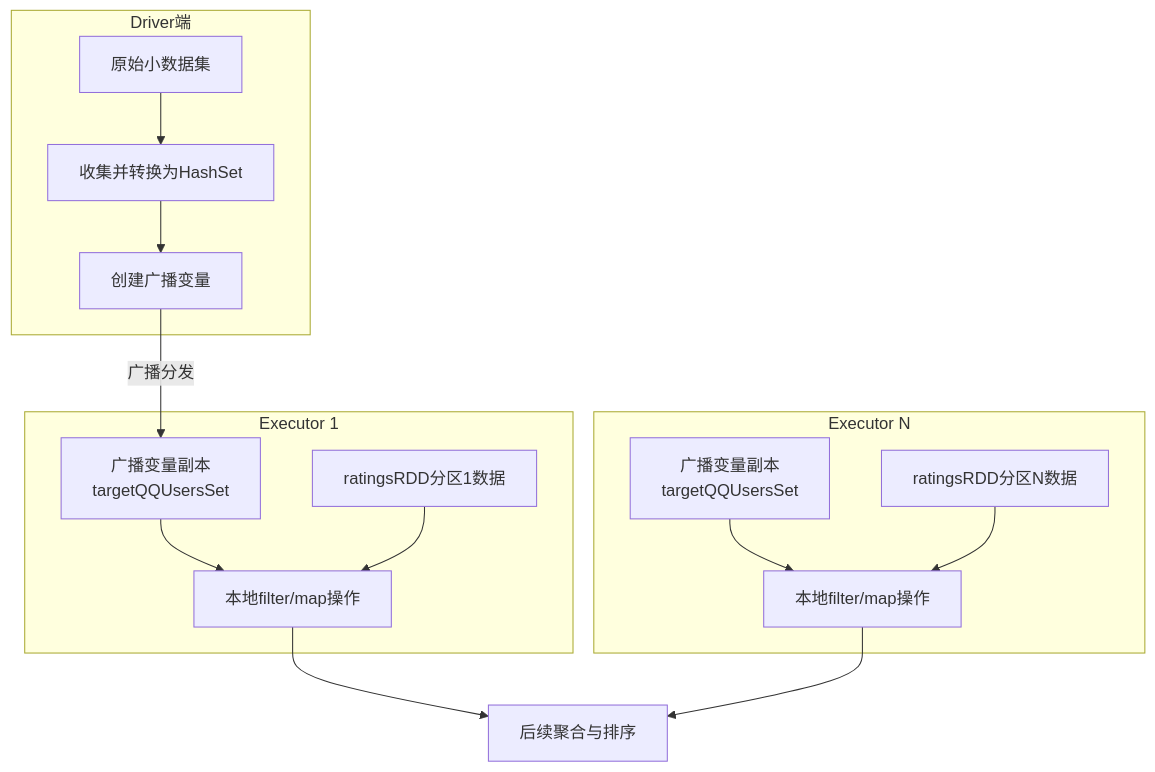
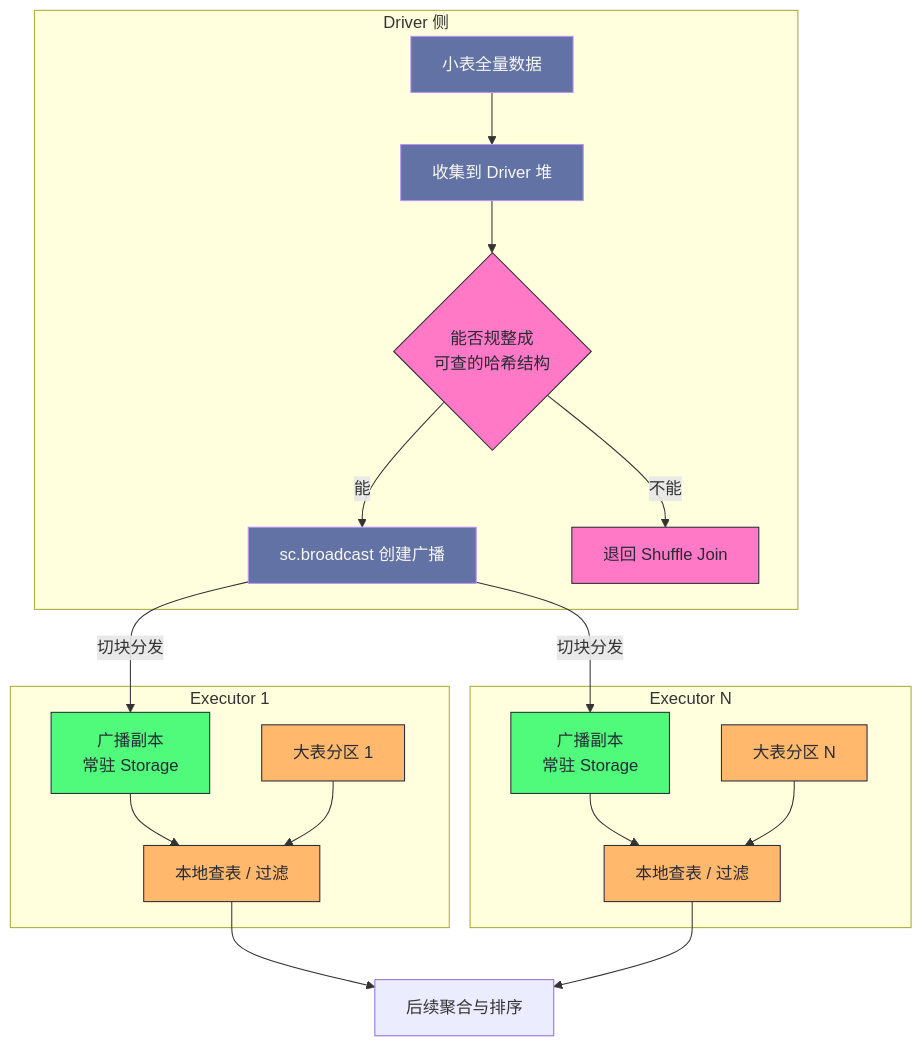
The fourth of 6 diagrams in content/大数据/Spark/读书笔记-spark内核/06_性能调优实战/4. Spark核心优化_Broadcast与Accumulator.md (hpliStartAgain/my-brain), drawn with Mermaid before and after one commit. The commit also changed other lines of this file and 259 other files, not shown here.

````diff
--- a/content/大数据/Spark/读书笔记-spark内核/06_性能调优实战/4. Spark核心优化_Broadcast与Accumulator.md
+++ b/content/大数据/Spark/读书笔记-spark内核/06_性能调优实战/4. Spark核心优化_Broadcast与Accumulator.md
@@ -68,24 +444,34 @@
 ```mermaid
+%%{init: {'theme': 'dracula'}}%%
 flowchart TD
-    subgraph "Driver端"
-        A["原始小数据集"] --> B["收集并转换为HashSet"]
-        B --> C["创建广播变量"]
+    subgraph D["Driver 侧"]
+        A["小表全量数据"] --> B["收集到 Driver 堆"]
+        B --> C{"能否规整成<br/>可查的哈希结构"}
+        C -- "能" --> Dv["sc.broadcast 创建广播"]
+        C -- "不能" --> Cx["退回 Shuffle Join"]
     end
-
-    C -- "广播分发" --> D
-
-    subgraph "Executor 1"
-        D["广播变量副本<br/>targetQQUsersSet"]
-        F["ratingsRDD分区1数据"]
-        D & F --> G["本地filter/map操作"]
+    Dv -- "切块分发" --> E1
+    Dv -- "切块分发" --> E2
+    subgraph X1["Executor 1"]
+        E1["广播副本<br/>常驻 Storage"]
+        F1["大表分区 1"]
+        E1 --> G1["本地查表 / 过滤"]
+        F1 --> G1
     end
-
-    subgraph "Executor N"
-        E["广播变量副本<br/>targetQQUsersSet"]
-        H["ratingsRDD分区N数据"]
-        E & H --> I["本地filter/map操作"]
+    subgraph X2["Executor N"]
+        E2["广播副本<br/>常驻 Storage"]
+        F2["大表分区 N"]
+        E2 --> G2["本地查表 / 过滤"]
+        F2 --> G2
     end
-
-    G --> J["后续聚合与排序"]
-    I --> J
+    G1 --> H["后续聚合与排序"]
+    G2 --> H
+    classDef drv fill:#6272a4,stroke:#bd93f9,color:#f8f8f2
+    classDef task fill:#ffb86c,stroke:#282a36,color:#282a36
+    classDef block fill:#50fa7b,stroke:#282a36,color:#282a36
+    classDef bad fill:#ff79c6,stroke:#282a36,color:#282a36
+    class A,B,Dv drv
+    class F1,F2,G1,G2 task
+    class E1,E2 block
+    class C,Cx bad
 ```
````
